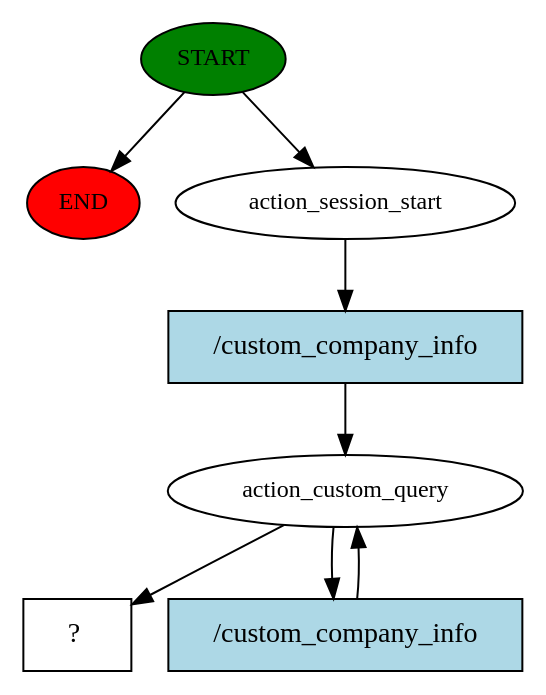
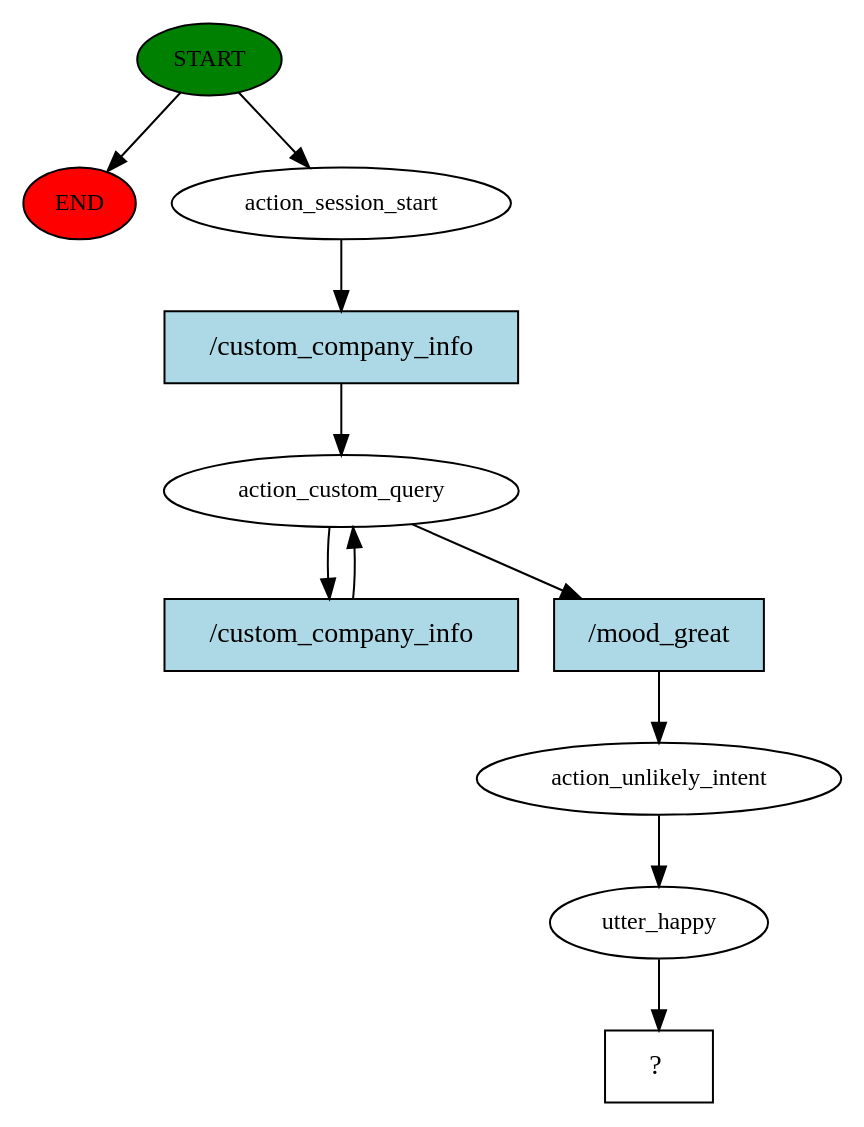
The diagram in story_graph.dot (saptarshidatta96/RASA-Chatbot-ComapanyInfo), drawn with Graphviz before and after one commit. The commit also changed 68 other files, not shown here.

```diff
--- a/story_graph.dot
+++ b/story_graph.dot
@@ -1,16 +1,22 @@
 digraph  {
 0 [class="start active", fillcolor=green, fontsize=12, label=START, style=filled];
 "-1" [class=end, fillcolor=red, fontsize=12, label=END, style=filled];
 1 [class=active, fontsize=12, label=action_session_start];
 2 [class=active, fontsize=12, label=action_custom_query];
-5 [class="intent dashed active", label="  ?  ", shape=rect];
-6 [class="intent active", fillcolor=lightblue, label="/custom_company_info", shape=rect, style=filled];
-7 [class="intent active", fillcolor=lightblue, label="/custom_company_info", shape=rect, style=filled];
+5 [class=active, fontsize=12, label=action_unlikely_intent];
+6 [class=active, fontsize=12, label=utter_happy];
+7 [class="intent dashed active", label="  ?  ", shape=rect];
+8 [class="intent active", fillcolor=lightblue, label="/custom_company_info", shape=rect, style=filled];
+9 [class="intent active", fillcolor=lightblue, label="/custom_company_info", shape=rect, style=filled];
+10 [class="intent active", fillcolor=lightblue, label="/mood_great", shape=rect, style=filled];
 0 -> "-1"  [class="", key=NONE, label=""];
 0 -> 1  [class=active, key=NONE, label=""];
-1 -> 6  [class=active, key=0];
-2 -> 5  [class=active, key=NONE, label=""];
-2 -> 7  [class=active, key=0];
-6 -> 2  [class=active, key=0];
-7 -> 2  [class=active, key=0];
+1 -> 8  [class=active, key=0];
+2 -> 9  [class=active, key=0];
+2 -> 10  [class=active, key=0];
+5 -> 6  [class=active, key=NONE, label=""];
+6 -> 7  [class=active, key=NONE, label=""];
+8 -> 2  [class=active, key=0];
+9 -> 2  [class=active, key=0];
+10 -> 5  [class=active, key=0];
 }
```
